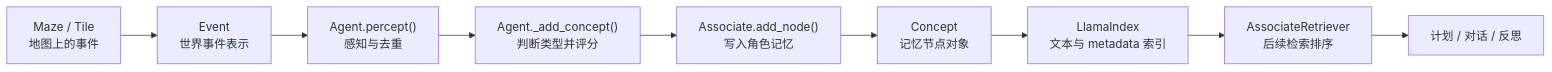
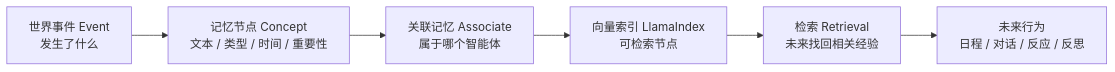
One commit to tbkken/GenerativeAgentsCN changed the second of 3 diagrams in docs/book/manuscript/part_01/chapter_05.md. Above: the diagram before and after it, drawn with Mermaid. The commit also changed other lines of this file and 51 other files, not shown here.

````diff
--- a/docs/book/manuscript/part_01/chapter_05.md
+++ b/docs/book/manuscript/part_01/chapter_05.md
@@ -85,11 +113,8 @@
 ```mermaid
 flowchart LR
-    Tile["Maze / Tile<br/>地图上的事件"] --> Event["Event<br/>世界事件表示"]
-    Event --> Percept["Agent.percept()<br/>感知与去重"]
-    Percept --> AddConcept["Agent._add_concept()<br/>判断类型并评分"]
-    AddConcept --> Associate["Associate.add_node()<br/>写入角色记忆"]
-    Associate --> Concept["Concept<br/>记忆节点对象"]
-    Concept --> Index["LlamaIndex<br/>文本与 metadata 索引"]
-    Index --> Retrieval["AssociateRetriever<br/>后续检索排序"]
-    Retrieval --> Behavior["计划 / 对话 / 反思"]
+    Event["世界事件 Event<br/>发生了什么"] --> Concept["记忆节点 Concept<br/>文本 / 类型 / 时间 / 重要性"]
+    Concept --> Associate["关联记忆 Associate<br/>属于哪个智能体"]
+    Associate --> Index["向量索引 LlamaIndex<br/>可检索节点"]
+    Index --> Retrieval["检索 Retrieval<br/>未来找回相关经验"]
+    Retrieval --> Behavior["未来行为<br/>日程 / 对话 / 反应 / 反思"]
 ```
````
